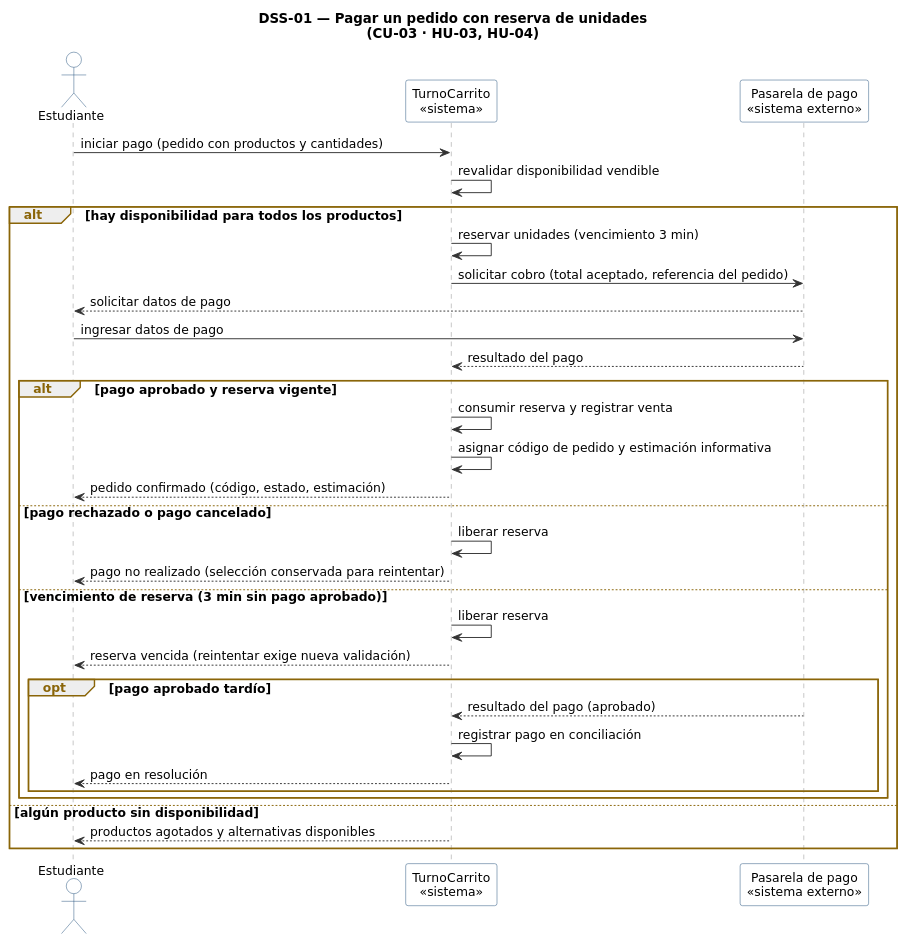
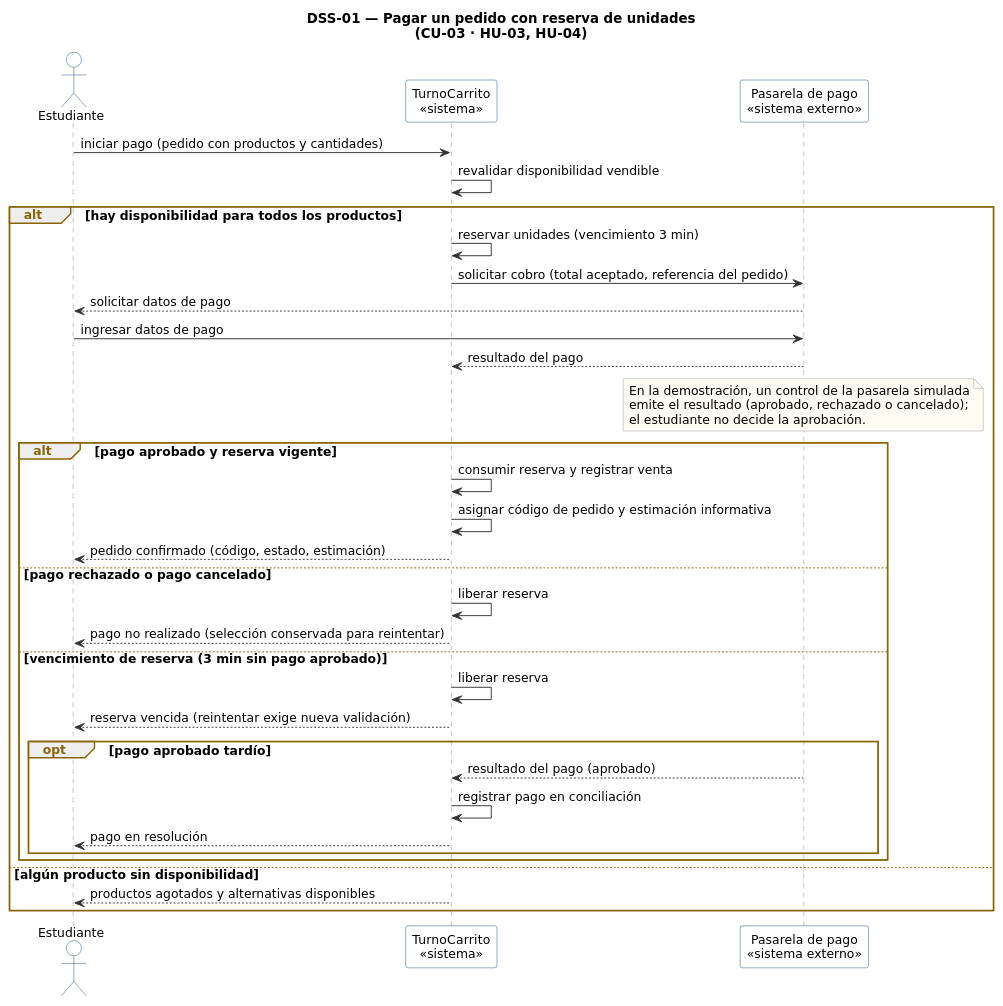
The diagram in diagramas/dss-01.puml (Sysfood/OptimizacionCarrito), drawn with PlantUML before and after one commit. The commit also changed 9 other files, not shown here.

```diff
--- a/diagramas/dss-01.puml
+++ b/diagramas/dss-01.puml
@@ -1,55 +1,56 @@
 @startuml dss-01
 skinparam defaultFontName DejaVu Sans
 skinparam defaultFontSize 13
 skinparam shadowing false
 skinparam ArrowColor #333333
 skinparam SequenceLifeLineBorderColor #888888
 skinparam ParticipantBorderColor #1f4e79
 skinparam ParticipantBackgroundColor #ffffff
 skinparam ActorBorderColor #1f4e79
 skinparam ActorBackgroundColor #ffffff
 skinparam SequenceGroupBorderColor #8a6508
 skinparam SequenceGroupHeaderFontColor #8a6508
 skinparam NoteBorderColor #999999
 skinparam NoteBackgroundColor #fffdf3
 skinparam StateBorderColor #1f4e79
 skinparam StateBackgroundColor #ffffff
 skinparam StateStartColor #3a7d1f
 skinparam StateEndColor #a33122
 title DSS-01 — Pagar un pedido con reserva de unidades\n(CU-03 · HU-03, HU-04)
 
 actor "Estudiante" as EST
 participant "TurnoCarrito\n<<sistema>>" as SIS
 participant "Pasarela de pago\n<<sistema externo>>" as PAS
 
 EST -> SIS : iniciar pago (pedido con productos y cantidades)
 SIS -> SIS : revalidar disponibilidad vendible
 
 alt hay disponibilidad para todos los productos
   SIS -> SIS : reservar unidades (vencimiento 3 min)
   SIS -> PAS : solicitar cobro (total aceptado, referencia del pedido)
   PAS --> EST : solicitar datos de pago
   EST -> PAS : ingresar datos de pago
   PAS --> SIS : resultado del pago
+  note over PAS : En la demostración, un control de la pasarela simulada\nemite el resultado (aprobado, rechazado o cancelado);\nel estudiante no decide la aprobación.
 
   alt pago aprobado y reserva vigente
     SIS -> SIS : consumir reserva y registrar venta
     SIS -> SIS : asignar código de pedido y estimación informativa
     SIS --> EST : pedido confirmado (código, estado, estimación)
   else pago rechazado o pago cancelado
     SIS -> SIS : liberar reserva
     SIS --> EST : pago no realizado (selección conservada para reintentar)
   else vencimiento de reserva (3 min sin pago aprobado)
     SIS -> SIS : liberar reserva
     SIS --> EST : reserva vencida (reintentar exige nueva validación)
     opt pago aprobado tardío
       PAS --> SIS : resultado del pago (aprobado)
       SIS -> SIS : registrar pago en conciliación
       SIS --> EST : pago en resolución
     end
   end
 
 else algún producto sin disponibilidad
   SIS --> EST : productos agotados y alternativas disponibles
 end
 @enduml
```
